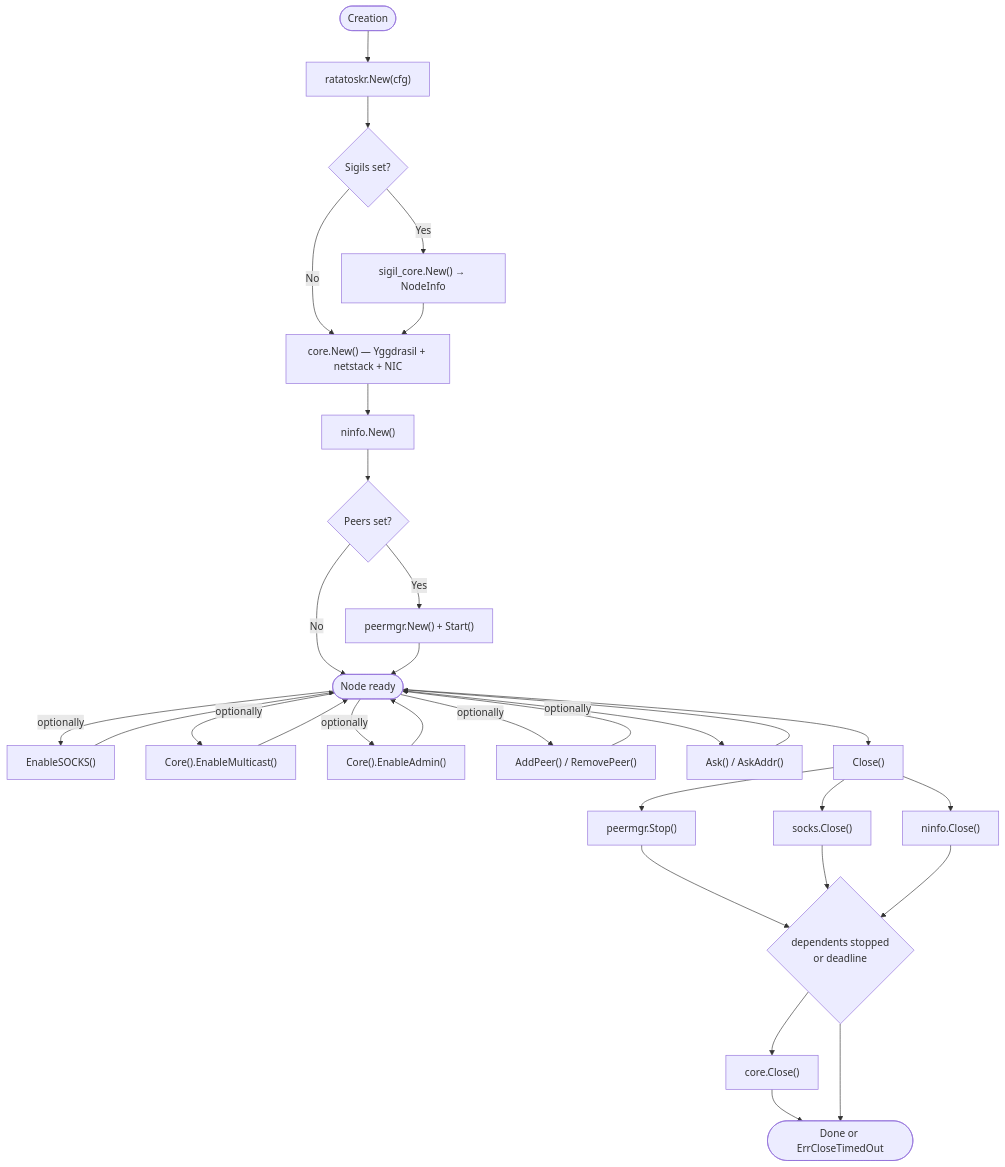
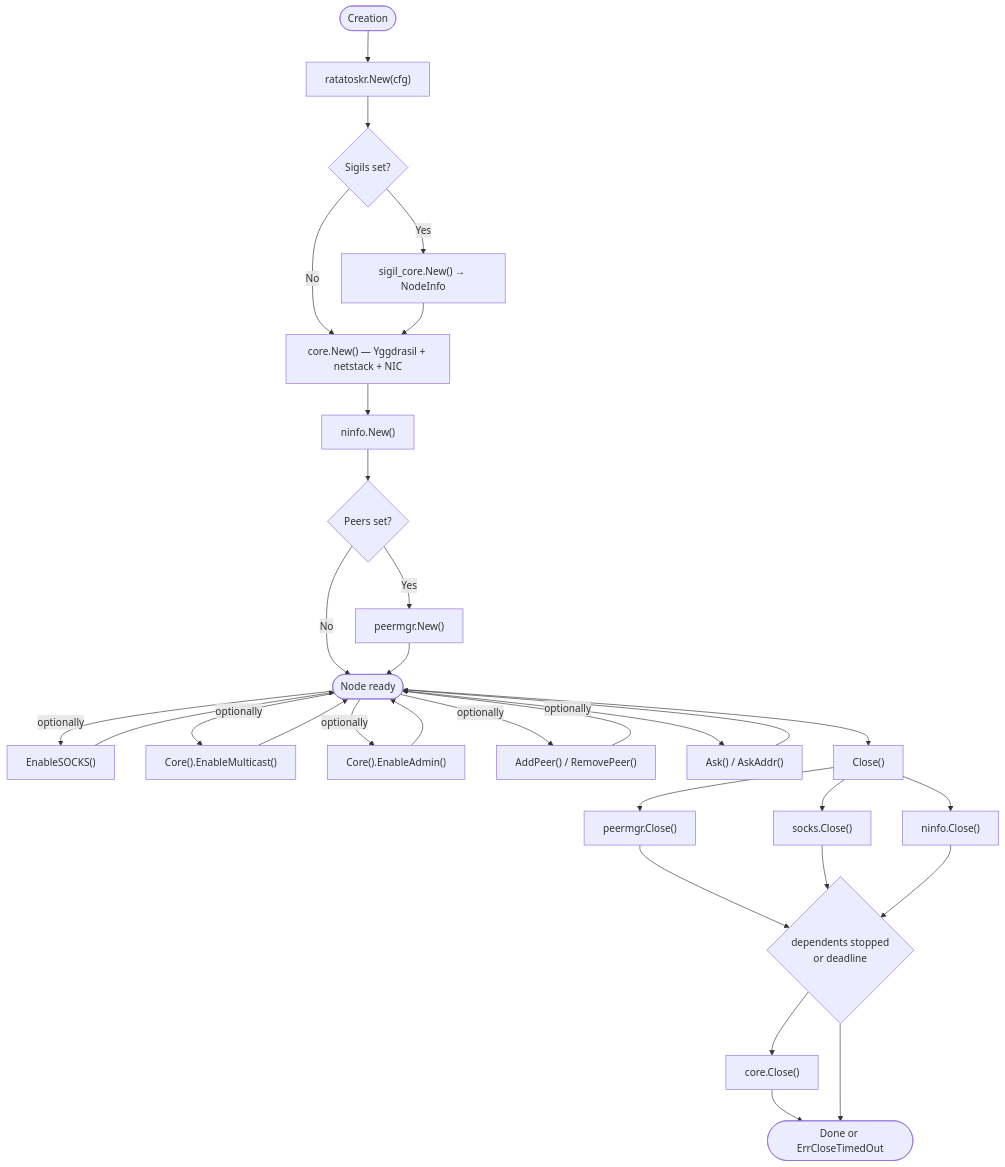
Before and after one commit to voluminor/ratatoskr: the sixth of 6 diagrams in README.md, drawn with Mermaid. The commit also changed other lines of this file and 108 other files, not shown here.

````diff
--- a/README.md
+++ b/README.md
@@ -507,33 +535,33 @@
 ```mermaid
 flowchart TD
   START([Creation]) --> NEW["ratatoskr.New(cfg)"]
   NEW --> SG{Sigils set?}
   SG -->|Yes| SC["sigil_core.New() → NodeInfo"]
   SG -->|No| CORE
   SC --> CORE["core.New() — Yggdrasil + netstack + NIC"]
   CORE --> NI["ninfo.New()"]
   NI --> PM{Peers set?}
-  PM -->|Yes| PMSTART["peermgr.New() + Start()"]
+  PM -->|Yes| PMSTART["peermgr.New()"]
   PM -->|No| READY
   PMSTART --> READY([Node ready])
   READY -->|optionally| SOCKS["EnableSOCKS()"]
   READY -->|optionally| MC["Core().EnableMulticast()"]
   READY -->|optionally| ADM["Core().EnableAdmin()"]
   READY -->|optionally| PEERS["AddPeer() / RemovePeer()"]
   READY -->|optionally| ASK["Ask() / AskAddr()"]
   SOCKS --> READY
   MC --> READY
   ADM --> READY
   PEERS --> READY
   ASK --> READY
   READY --> CLOSE["Close()"]
-  CLOSE --> S1["peermgr.Stop()"]
+  CLOSE --> S1["peermgr.Close()"]
   CLOSE --> S2["socks.Close()"]
   CLOSE --> S25["ninfo.Close()"]
   S1 --> GATE{"dependents stopped<br/>or deadline"}
   S2 --> GATE
   S25 --> GATE
   GATE --> S3["core.Close()"]
   S3 --> DONE
   GATE --> DONE([Done or ErrCloseTimedOut])
 ```
````
